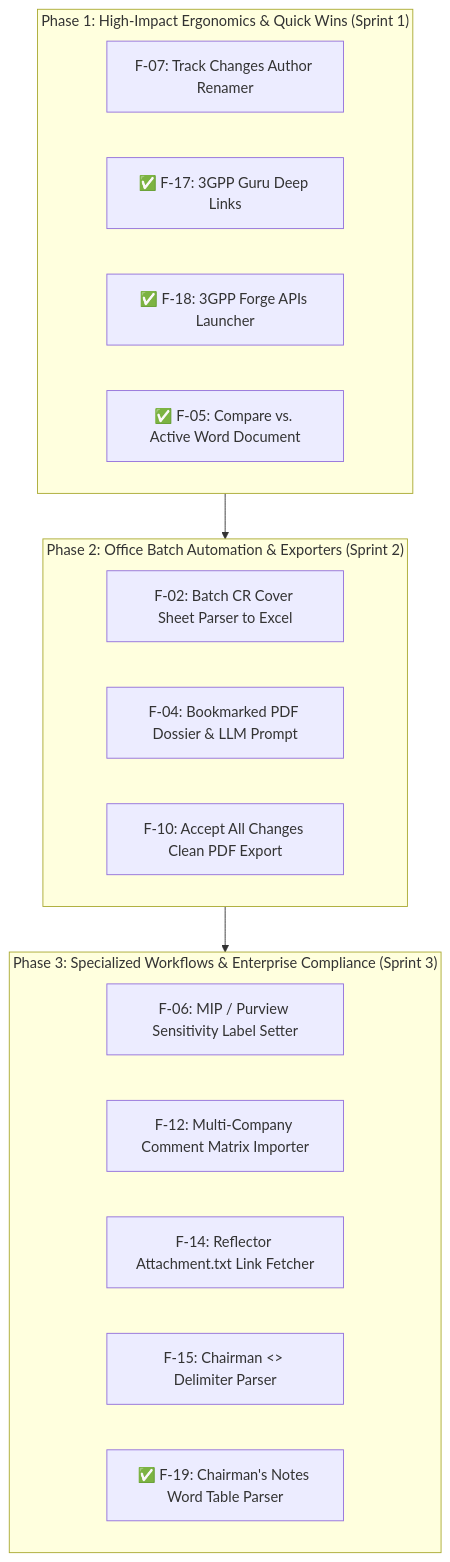
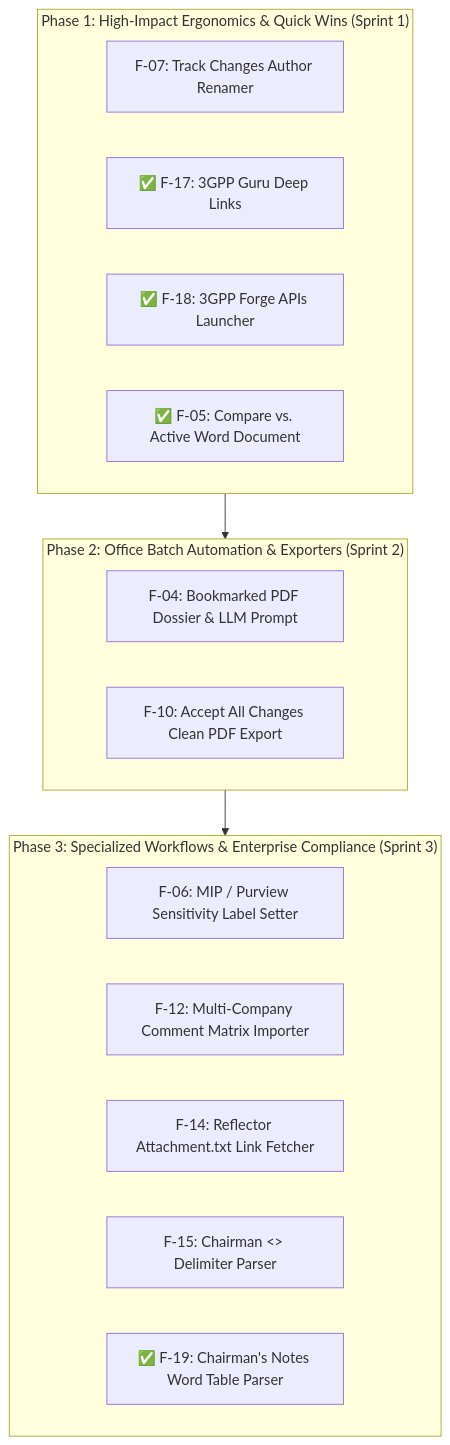
One commit to telekom/3gpp-meeting-tools changed the diagram in 3GPP Tools/docs/legacy_features/README.md. Above: the diagram before and after it, drawn with Mermaid. The commit also changed other lines of this file and 3 other files, not shown here.

First line of the commit message:
docs(legacy): evaluate and deprioritize F-02 batch CR cover sheet parser

````diff
--- a/3GPP Tools/docs/legacy_features/README.md
+++ b/3GPP Tools/docs/legacy_features/README.md
@@ -48,25 +48,24 @@
 ```mermaid
 flowchart TD
     subgraph Phase1["Phase 1: High-Impact Ergonomics & Quick Wins (Sprint 1)"]
         P1_1["F-07: Track Changes Author Renamer"]
         P1_2["✅ F-17: 3GPP Guru Deep Links"]
         P1_3["✅ F-18: 3GPP Forge APIs Launcher"]
         P1_4["✅ F-05: Compare vs. Active Word Document"]
     end
 
     subgraph Phase2["Phase 2: Office Batch Automation & Exporters (Sprint 2)"]
-        P2_1["F-02: Batch CR Cover Sheet Parser to Excel"]
         P2_2["F-04: Bookmarked PDF Dossier & LLM Prompt"]
         P2_3["F-10: Accept All Changes Clean PDF Export"]
     end
 
     subgraph Phase3["Phase 3: Specialized Workflows & Enterprise Compliance (Sprint 3)"]
         P3_1["F-06: MIP / Purview Sensitivity Label Setter"]
         P3_2["F-12: Multi-Company Comment Matrix Importer"]
         P3_3["F-14: Reflector Attachment.txt Link Fetcher"]
         P3_4["F-15: Chairman <<START>> Delimiter Parser"]
         P3_5["✅ F-19: Chairman's Notes Word Table Parser"]
     end
 
     Phase1 --> Phase2 --> Phase3
 ```
````
